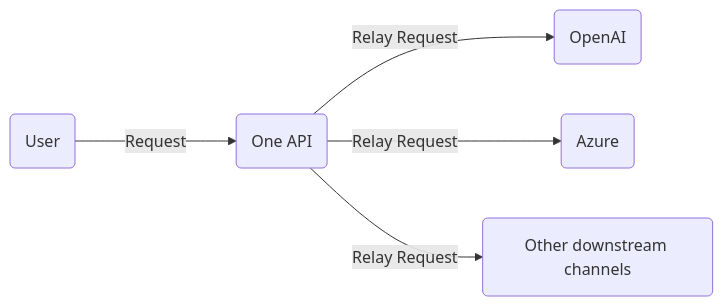
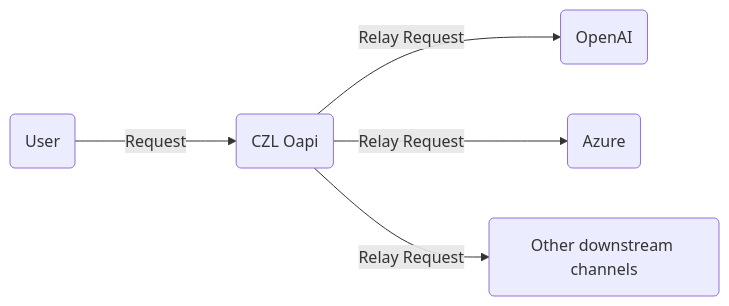
One commit to songquanpeng/one-api changed the diagram in README.en.md. Above: the diagram before and after it, drawn with Mermaid. The commit also changed other lines of this file and 31 other files, not shown here.

````diff
--- a/README.en.md
+++ b/README.en.md
@@ -221,8 +221,8 @@
 ```mermaid
 graph LR
     A(User)
-    A --->|Request| B(One API)
+    A --->|Request| B(CZL Oapi)
     B -->|Relay Request| C(OpenAI)
     B -->|Relay Request| D(Azure)
     B -->|Relay Request| E(Other downstream channels)
 ```
````
